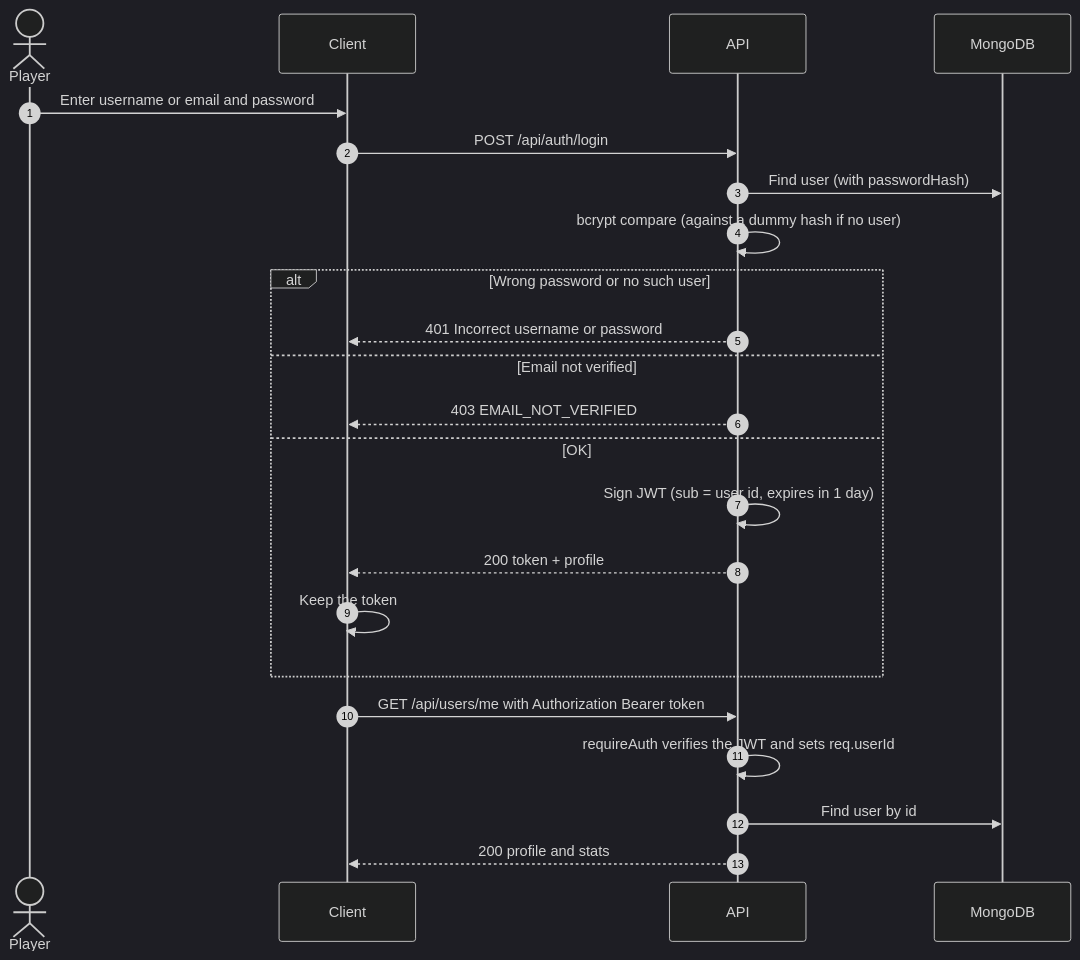
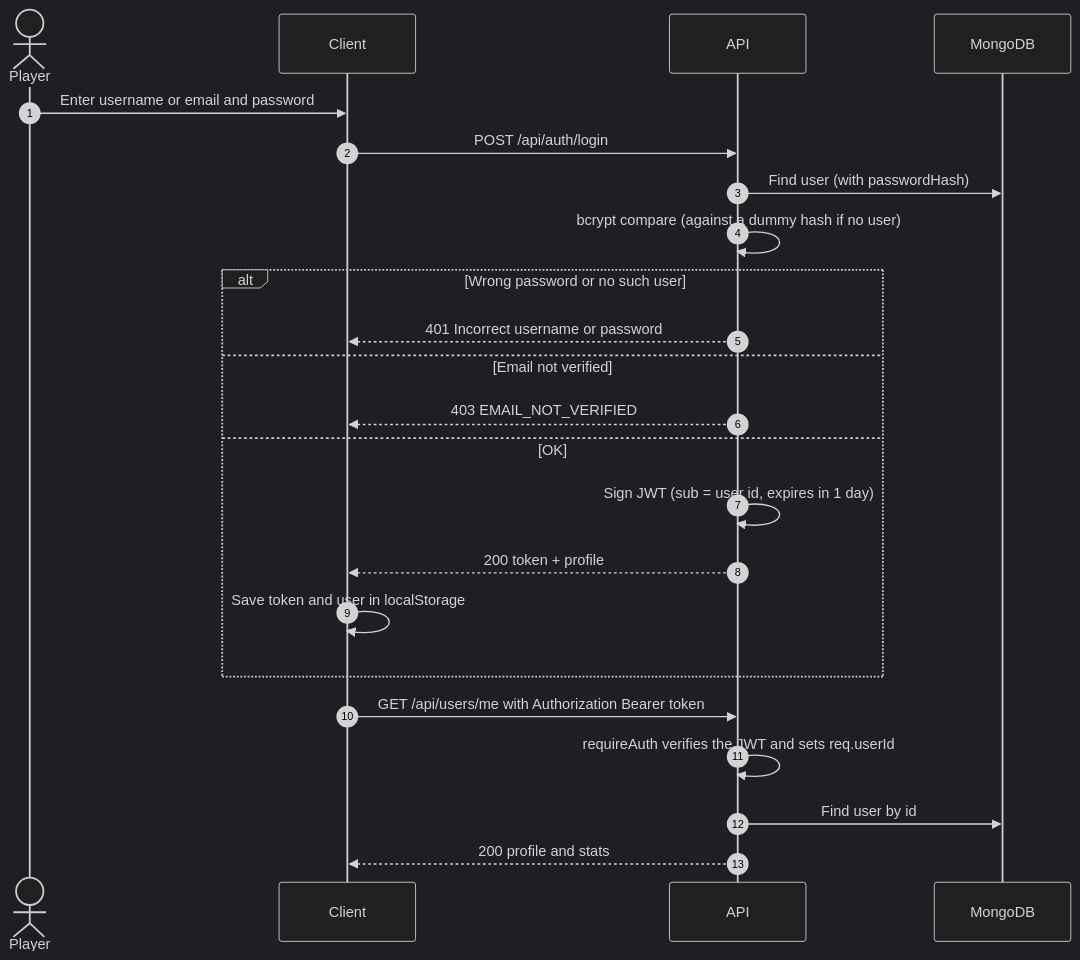
Before and after one commit to Skatboards/COP4331-MERN-Project: the third of 6 diagrams in docs/data-flow.md, drawn with Mermaid (dark theme). The commit also changed other lines of this file and 5 other files, not shown here.

````diff
--- a/docs/data-flow.md
+++ b/docs/data-flow.md
@@ -63,27 +64,27 @@
 ```mermaid
 sequenceDiagram
     autonumber
     actor P as Player
     participant C as Client
     participant A as API
     participant D as MongoDB
 
     P->>C: Enter username or email and password
     C->>A: POST /api/auth/login
     A->>D: Find user (with passwordHash)
     A->>A: bcrypt compare (against a dummy hash if no user)
     alt Wrong password or no such user
         A-->>C: 401 Incorrect username or password
     else Email not verified
         A-->>C: 403 EMAIL_NOT_VERIFIED
     else OK
         A->>A: Sign JWT (sub = user id, expires in 1 day)
         A-->>C: 200 token + profile
-        C->>C: Keep the token
+        C->>C: Save token and user in localStorage
     end
 
     C->>A: GET /api/users/me with Authorization Bearer token
     A->>A: requireAuth verifies the JWT and sets req.userId
     A->>D: Find user by id
     A-->>C: 200 profile and stats
 ```
````
